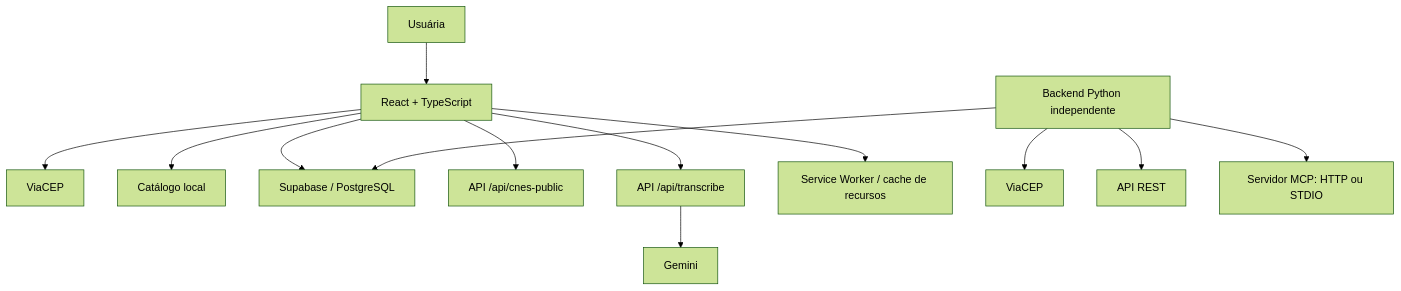
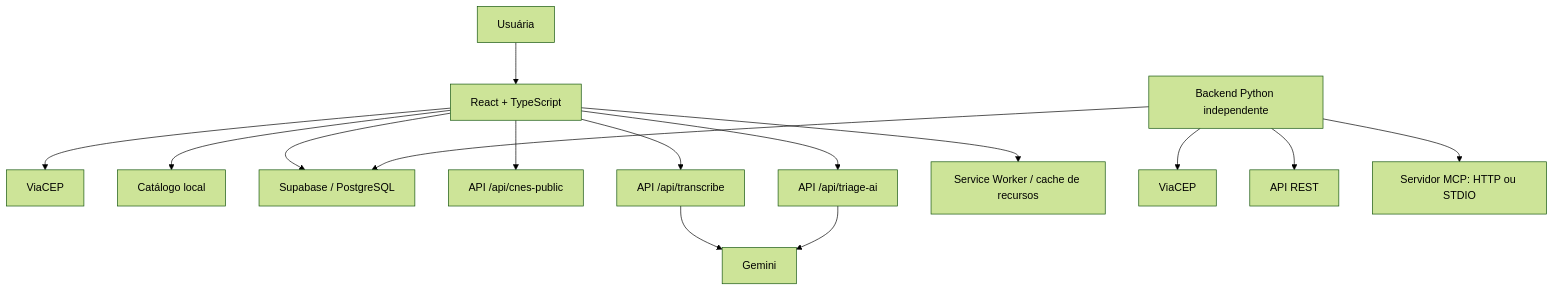
The diagram in README.md (karolcastro/acolheMulher), drawn with Mermaid (forest theme) before and after one commit. The commit also changed other lines of this file and 10 other files, not shown here.

````diff
--- a/README.md
+++ b/README.md
@@ -42,15 +43,17 @@
 ```mermaid
 flowchart TD
   U[Usuária] --> FE[React + TypeScript]
   FE --> CEP[ViaCEP]
   FE --> CAT[Catálogo local]
   FE --> SB[Supabase / PostgreSQL]
   FE --> CNES[API /api/cnes-public]
   FE --> VOZ[API /api/transcribe]
+  FE --> TRI[API /api/triage-ai]
   VOZ --> GEM[Gemini]
+  TRI --> GEM
   FE --> PWA[Service Worker / cache de recursos]
   PY[Backend Python independente] --> SB
   PY --> VIA[ViaCEP]
   PY --> REST[API REST]
   PY --> MCP[Servidor MCP: HTTP ou STDIO]
 ```
````
